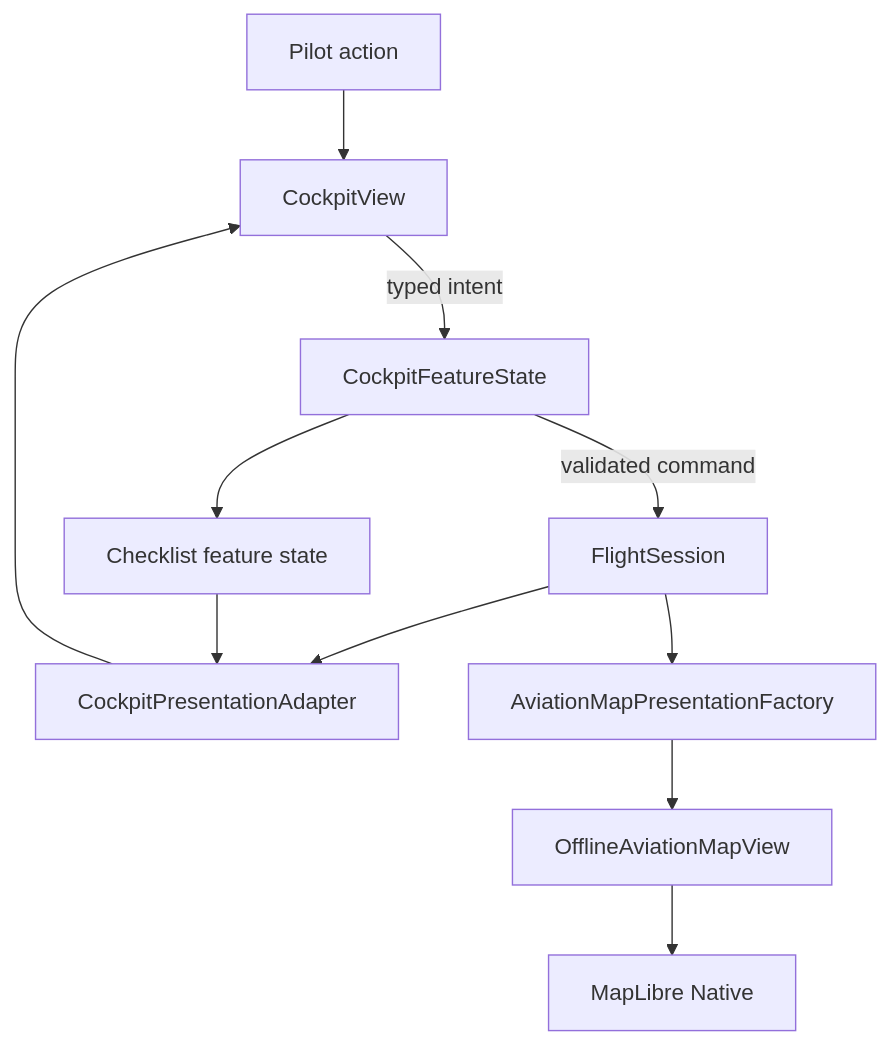
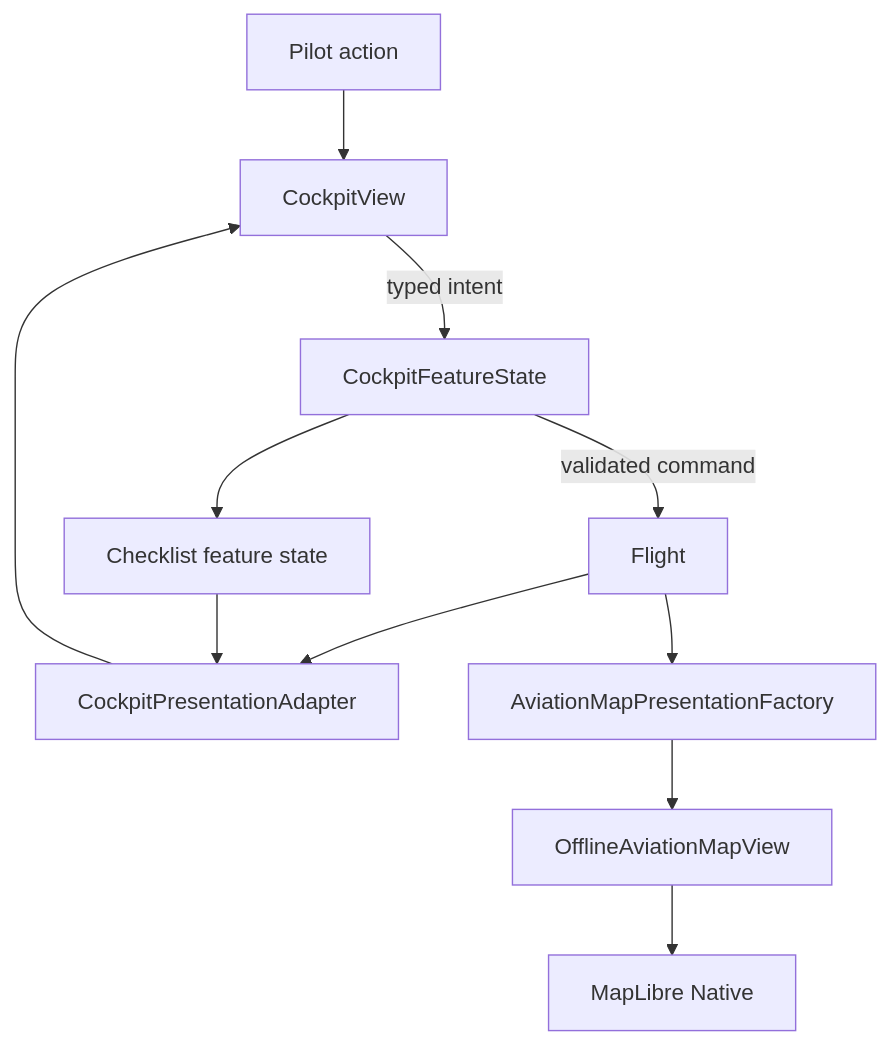
Before and after one commit to johnbenz13/NavigationFlight: the diagram in docs/technical/FLYING-A-LEG-TECHNICAL-DESIGN.md, drawn with Mermaid. The commit also changed other lines of this file and 20 other files, not shown here.

````diff
--- a/docs/technical/FLYING-A-LEG-TECHNICAL-DESIGN.md
+++ b/docs/technical/FLYING-A-LEG-TECHNICAL-DESIGN.md
@@ -35,13 +35,13 @@
 ```mermaid
 flowchart TD
     Input[Pilot action] --> View[CockpitView]
     View -->|typed intent| Feature[CockpitFeatureState]
-    Feature -->|validated command| Session[FlightSession]
+    Feature -->|validated command| Session[Flight]
     Feature --> Checklist[Checklist feature state]
     Session --> CockpitAdapter[CockpitPresentationAdapter]
     Session --> MapFactory[AviationMapPresentationFactory]
     Checklist --> CockpitAdapter
     CockpitAdapter --> View
     MapFactory --> MapView[OfflineAviationMapView]
     MapView --> MapLibre[MapLibre Native]
 ```
````
